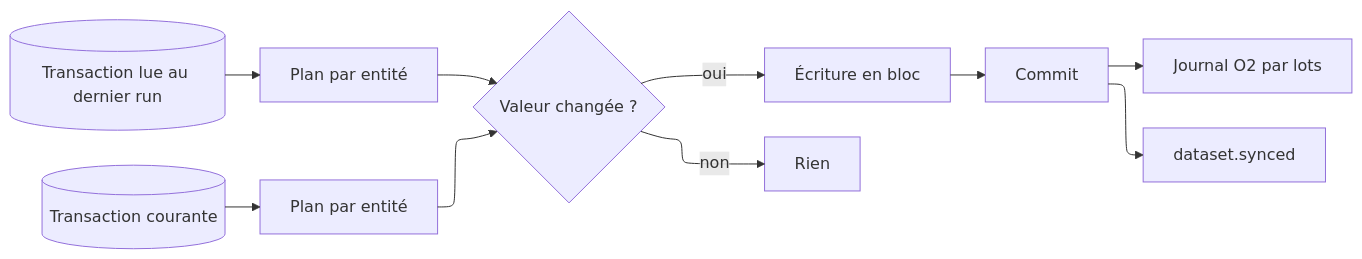
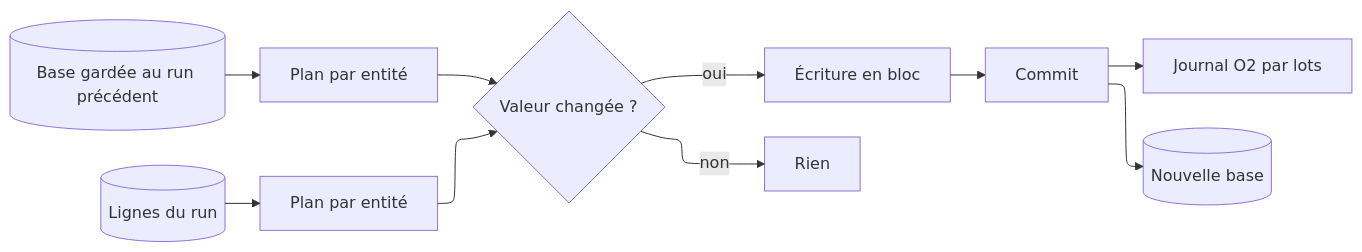
Before and after one commit to Pnex/pnex-rs: the ninth of 18 diagrams in docs/architecture/pipelines.md, drawn with Mermaid. The commit also changed other lines of this file and 66 other files, not shown here.

````diff
--- a/docs/architecture/pipelines.md
+++ b/docs/architecture/pipelines.md
@@ -214,16 +214,16 @@
 ```mermaid
 ---
 config:
   layout: elk
 ---
 flowchart LR
-  t1[(Transaction lue au dernier run)] --> p1[Plan par entité]
-  t2[(Transaction courante)] --> p2[Plan par entité]
+  t1[(Base gardée au run précédent)] --> p1[Plan par entité]
+  t2[(Lignes du run)] --> p2[Plan par entité]
   p1 --> d{Valeur changée ?}
   p2 --> d
   d -->|oui| w[Écriture en bloc]
   d -->|non| s[Rien]
   w --> c[Commit]
   c --> j[Journal O2 par lots]
-  c --> ev[dataset.synced]
+  c --> b[(Nouvelle base)]
 ```
````
